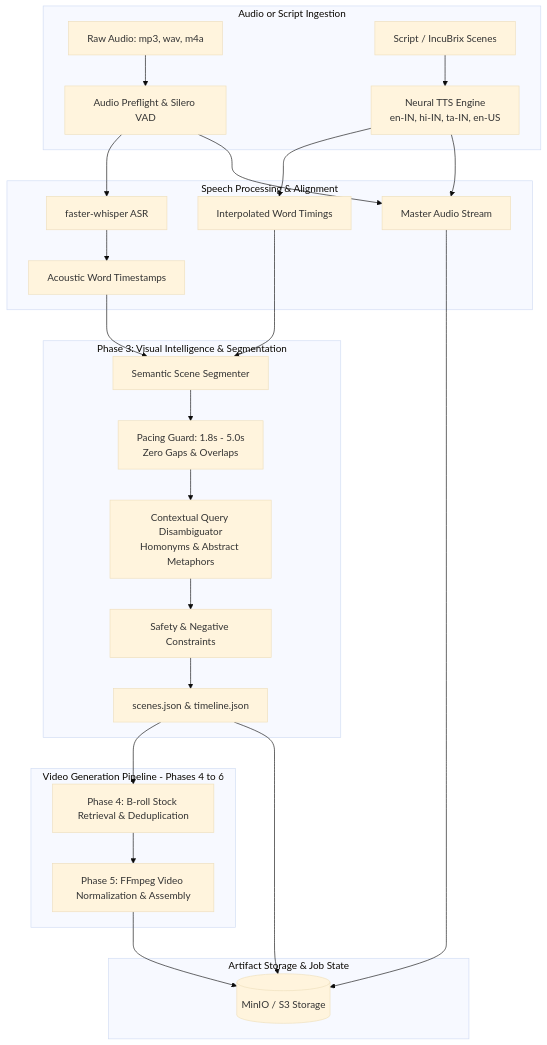
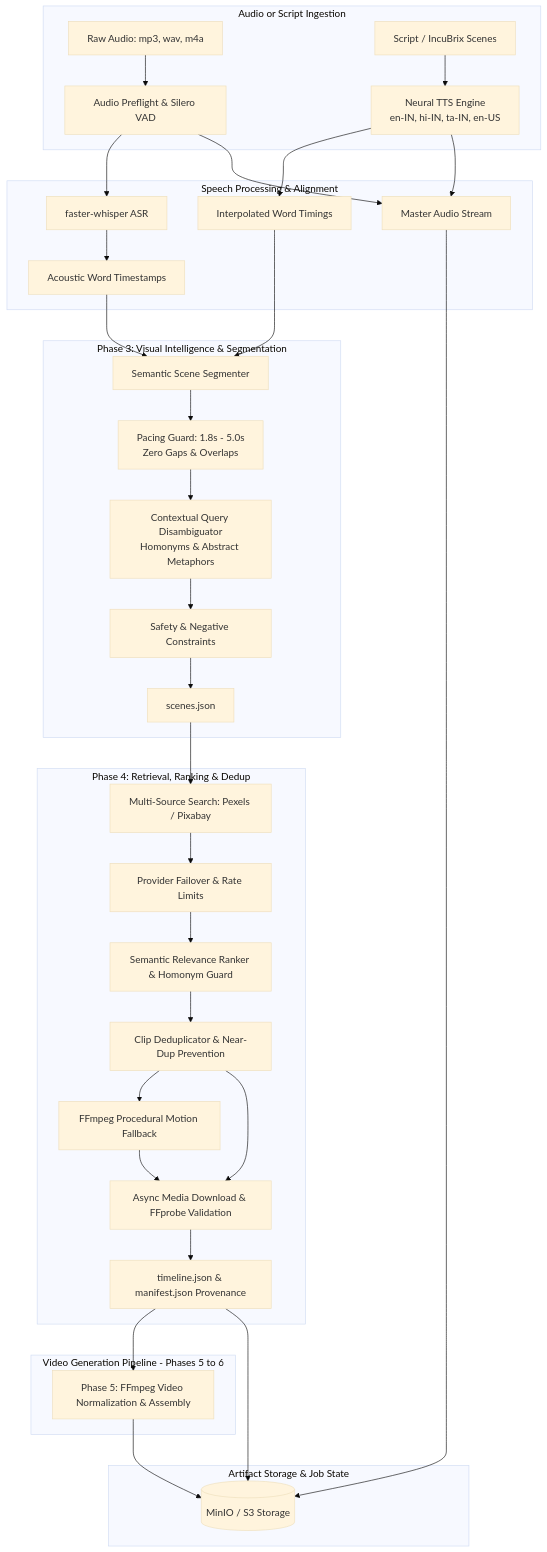
The diagram in README.md (NISHANTH-KONCHADA/script-voiceover-broll-engine), drawn with Mermaid (base theme) before and after one commit. The commit also changed other lines of this file and 15 other files, not shown here.

Commit message:
feat(retrieval): implement multi-source footage retrieval, deduplication, semantic ranking, and attribution engine (Phase 4)

````diff
--- a/README.md
+++ b/README.md
@@ -32,35 +41,45 @@
 ```mermaid
 flowchart TD
     subgraph Ingestion[Audio or Script Ingestion]
         AudioIn[Raw Audio: mp3, wav, m4a] --> Preflight[Audio Preflight & Silero VAD]
         ScriptIn[Script / IncuBrix Scenes] --> TTS[Neural TTS Engine\nen-IN, hi-IN, ta-IN, en-US]
     end
 
     subgraph SpeechProcessing[Speech Processing & Alignment]
         Preflight --> ASR[faster-whisper ASR]
         ASR --> WordTimings[Acoustic Word Timestamps]
         TTS --> WordTimingsTTS[Interpolated Word Timings]
         TTS --> MasterAudio[Master Audio Stream]
         Preflight --> MasterAudio
     end
 
     subgraph SceneIntelligence[Phase 3: Visual Intelligence & Segmentation]
         WordTimings --> Seg[Semantic Scene Segmenter]
         WordTimingsTTS --> Seg
         Seg --> Pacing[Pacing Guard: 1.8s - 5.0s\nZero Gaps & Overlaps]
         Pacing --> Disambig[Contextual Query Disambiguator\nHomonyms & Abstract Metaphors]
         Disambig --> Safety[Safety & Negative Constraints]
-        Safety --> ScenesArtifact[scenes.json & timeline.json]
+        Safety --> ScenesArtifact[scenes.json]
     end
 
-    subgraph VideoEngine[Video Generation Pipeline - Phases 4 to 6]
-        ScenesArtifact --> Retrieval[Phase 4: B-roll Stock Retrieval & Deduplication]
-        Retrieval --> Normalization[Phase 5: FFmpeg Video Normalization & Assembly]
+    subgraph FootageEngine[Phase 4: Retrieval, Ranking & Dedup]
+        ScenesArtifact --> Search[Multi-Source Search: Pexels / Pixabay]
+        Search --> Failover[Provider Failover & Rate Limits]
+        Failover --> Ranker[Semantic Relevance Ranker & Homonym Guard]
+        Ranker --> Dedup[Clip Deduplicator & Near-Dup Prevention]
+        Dedup --> Fallback[FFmpeg Procedural Motion Fallback]
+        Dedup --> Download[Async Media Download & FFprobe Validation]
+        Fallback --> Download
+        Download --> TimelineArtifact[timeline.json & manifest.json Provenance]
+    end
+
+    subgraph VideoEngine[Video Generation Pipeline - Phases 5 to 6]
+        TimelineArtifact --> Normalization[Phase 5: FFmpeg Video Normalization & Assembly]
     end
 
     subgraph Delivery[Artifact Storage & Job State]
         Normalization --> S3[(MinIO / S3 Storage)]
         MasterAudio --> S3
-        ScenesArtifact --> S3
+        TimelineArtifact --> S3
     end
 ```
````
